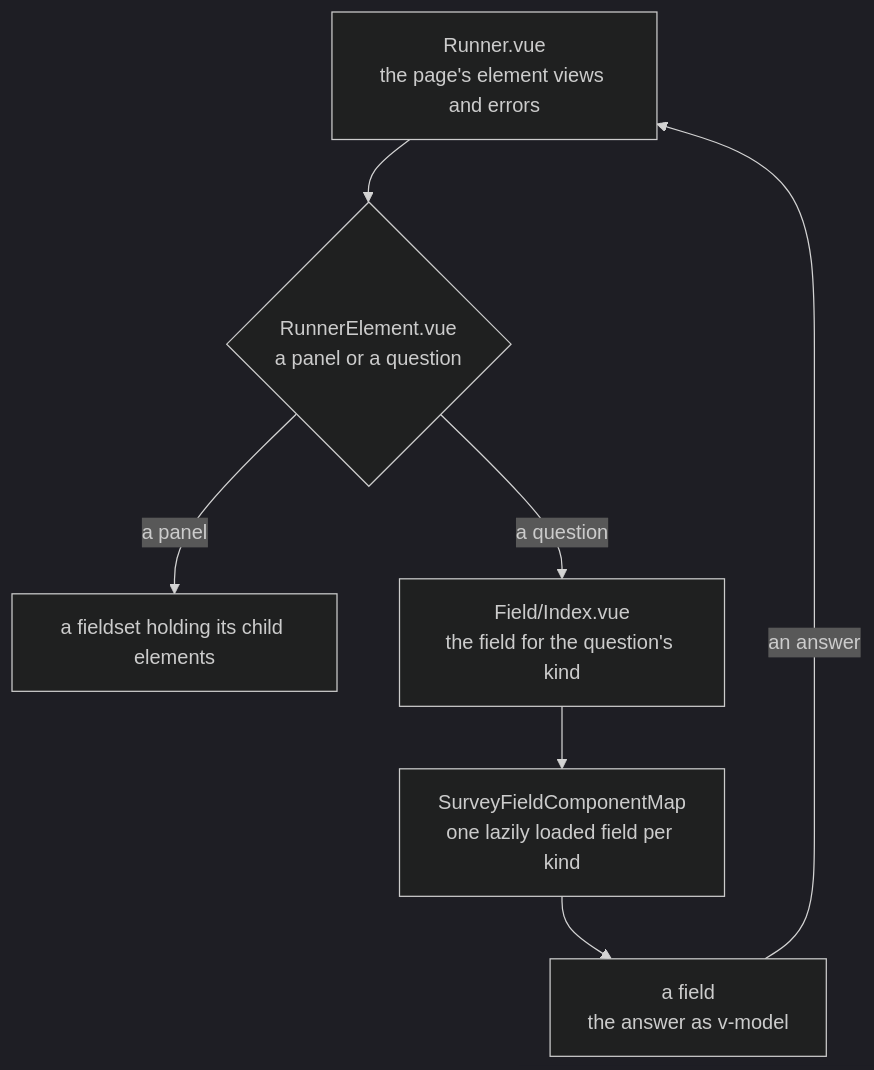
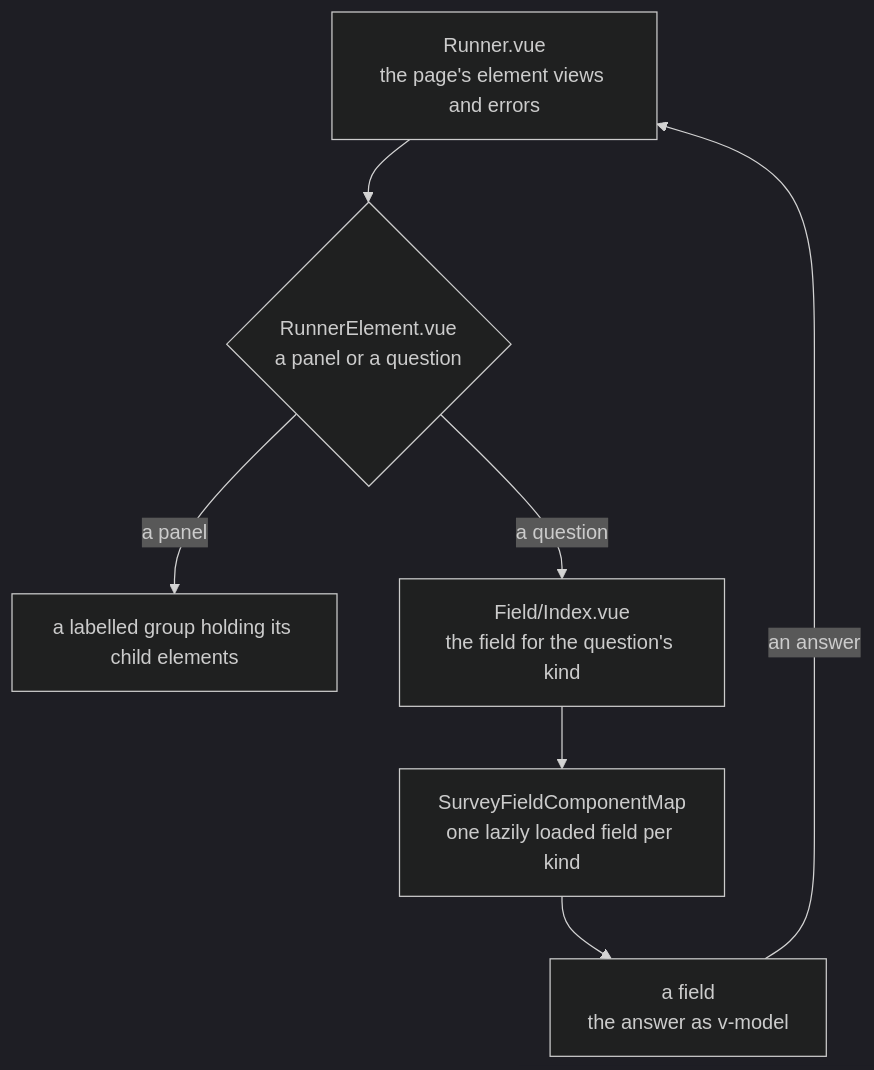
The diagram in openspec/specs/resource/survey-fields/design.md (Esposter/Esposter), drawn with Mermaid (dark theme) before and after one commit. The commit also changed 3 other files, not shown here.

````diff
--- a/openspec/specs/resource/survey-fields/design.md
+++ b/openspec/specs/resource/survey-fields/design.md
@@ -7,9 +7,9 @@
 ```mermaid
 flowchart TD
   RUNNER["Runner.vue<br/>the page's element views and errors"] --> ELEMENT{"RunnerElement.vue<br/>a panel or a question"}
-  ELEMENT -->|"a panel"| PANEL["a fieldset holding its child elements"]
+  ELEMENT -->|"a panel"| PANEL["a labelled group holding its child elements"]
   ELEMENT -->|"a question"| INDEX["Field/Index.vue<br/>the field for the question's kind"]
   INDEX --> MAP["SurveyFieldComponentMap<br/>one lazily loaded field per kind"]
   MAP --> FIELD["a field<br/>the answer as v-model"]
   FIELD -->|"an answer"| RUNNER
 ```
````
